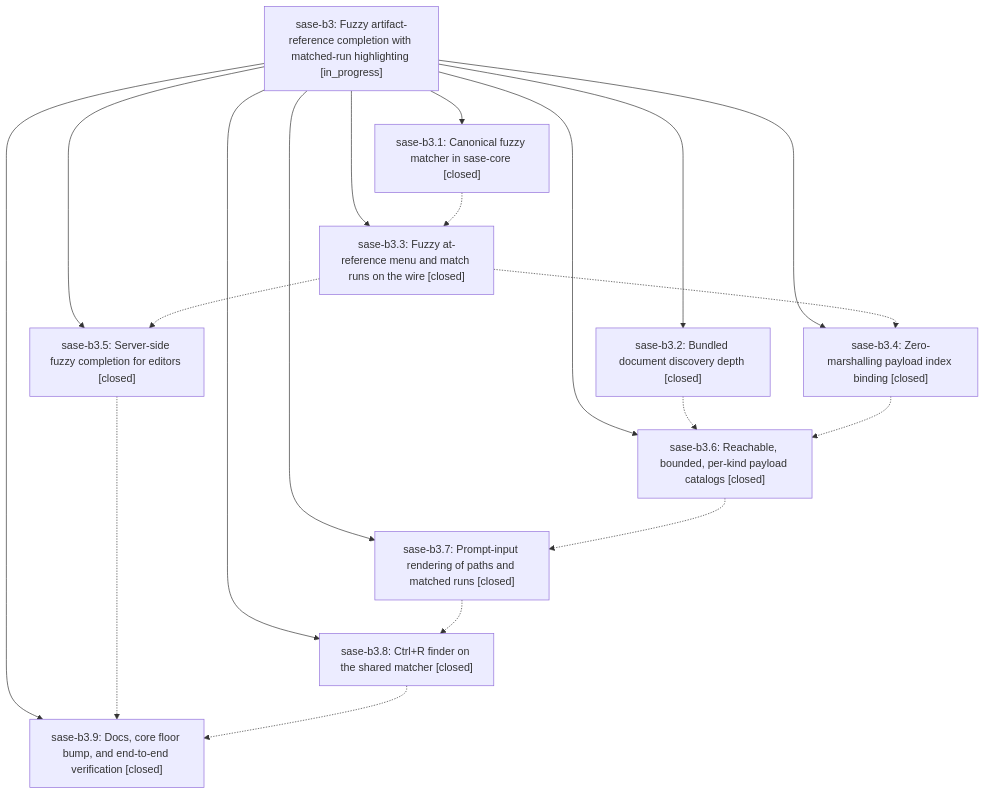
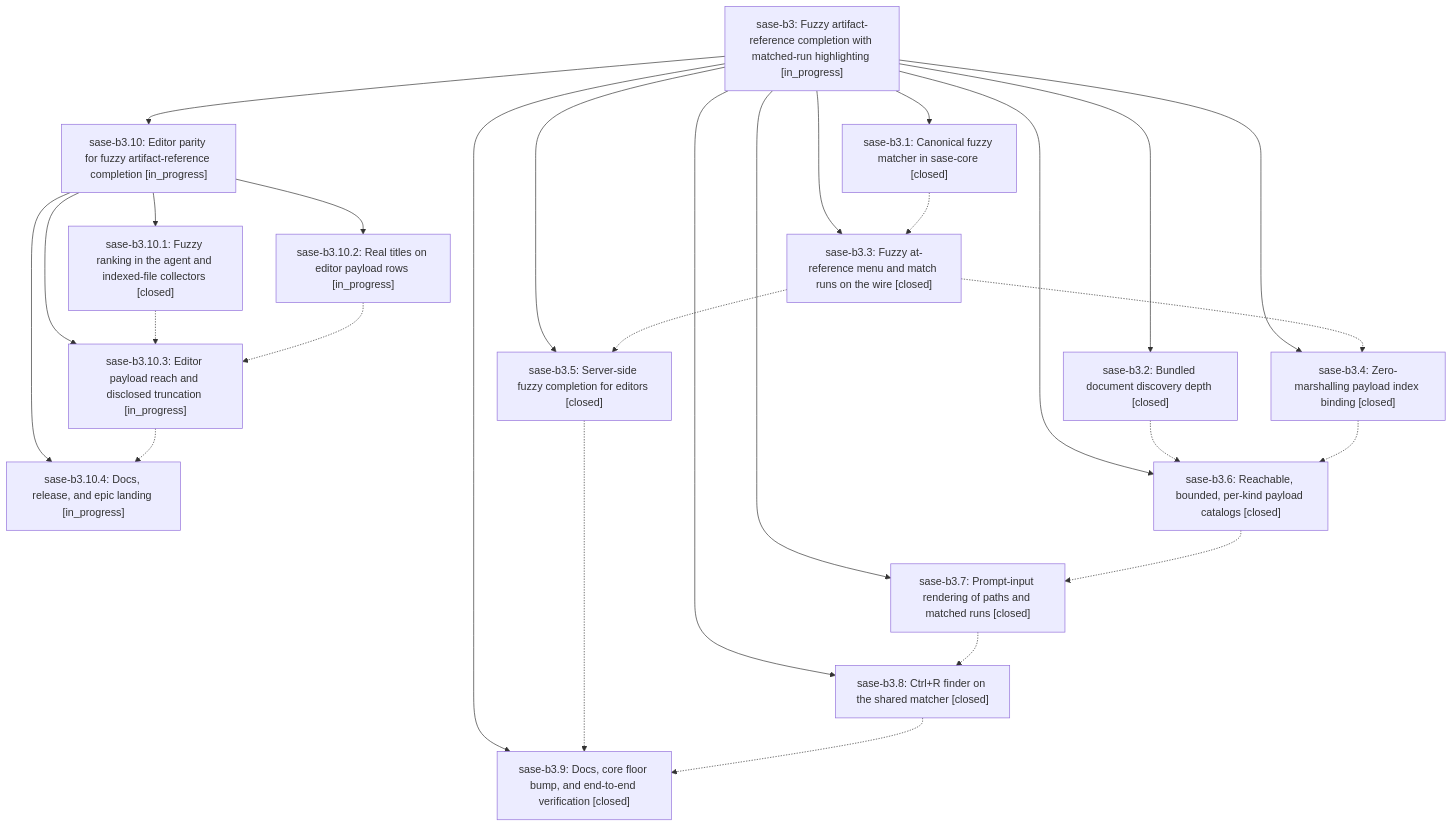
One commit to sase-org/sase--beads changed the diagram in pages/sase-b3/README.md. Above: the diagram before and after it, drawn with Mermaid. The commit also changed other lines of this file and 11 other files, not shown here.

````diff
--- a/pages/sase-b3/README.md
+++ b/pages/sase-b3/README.md
@@ -30,31 +30,44 @@
 ```mermaid
 flowchart TD
     n0["sase-b3: Fuzzy artifact-reference completion with matched-run highlighting [in_progress]"]
     n1["sase-b3.1: Canonical fuzzy matcher in sase-core [closed]"]
-    n2["sase-b3.2: Bundled document discovery depth [closed]"]
-    n3["sase-b3.3: Fuzzy at-reference menu and match runs on the wire [closed]"]
-    n4["sase-b3.4: Zero-marshalling payload index binding [closed]"]
-    n5["sase-b3.5: Server-side fuzzy completion for editors [closed]"]
-    n6["sase-b3.6: Reachable, bounded, per-kind payload catalogs [closed]"]
-    n7["sase-b3.7: Prompt-input rendering of paths and matched runs [closed]"]
-    n8["sase-b3.8: Ctrl+R finder on the shared matcher [closed]"]
-    n9["sase-b3.9: Docs, core floor bump, and end-to-end verification [closed]"]
+    n2["sase-b3.10: Editor parity for fuzzy artifact-reference completion [in_progress]"]
+    n3["sase-b3.10.1: Fuzzy ranking in the agent and indexed-file collectors [closed]"]
+    n4["sase-b3.10.2: Real titles on editor payload rows [in_progress]"]
+    n5["sase-b3.10.3: Editor payload reach and disclosed truncation [in_progress]"]
+    n6["sase-b3.10.4: Docs, release, and epic landing [in_progress]"]
+    n7["sase-b3.2: Bundled document discovery depth [closed]"]
+    n8["sase-b3.3: Fuzzy at-reference menu and match runs on the wire [closed]"]
+    n9["sase-b3.4: Zero-marshalling payload index binding [closed]"]
+    n10["sase-b3.5: Server-side fuzzy completion for editors [closed]"]
+    n11["sase-b3.6: Reachable, bounded, per-kind payload catalogs [closed]"]
+    n12["sase-b3.7: Prompt-input rendering of paths and matched runs [closed]"]
+    n13["sase-b3.8: Ctrl+R finder on the shared matcher [closed]"]
+    n14["sase-b3.9: Docs, core floor bump, and end-to-end verification [closed]"]
     n0 --> n1
     n0 --> n2
-    n0 --> n3
-    n0 --> n4
-    n0 --> n5
-    n0 --> n6
+    n2 --> n3
+    n2 --> n4
+    n2 --> n5
+    n2 --> n6
     n0 --> n7
     n0 --> n8
     n0 --> n9
-    n1 -.-> n3
-    n2 -.-> n6
-    n3 -.-> n4
+    n0 --> n10
+    n0 --> n11
+    n0 --> n12
+    n0 --> n13
+    n0 --> n14
+    n1 -.-> n8
     n3 -.-> n5
-    n4 -.-> n6
-    n5 -.-> n9
-    n6 -.-> n7
-    n7 -.-> n8
+    n4 -.-> n5
+    n5 -.-> n6
+    n7 -.-> n11
     n8 -.-> n9
+    n8 -.-> n10
+    n9 -.-> n11
+    n10 -.-> n14
+    n11 -.-> n12
+    n12 -.-> n13
+    n13 -.-> n14
 ```
````
